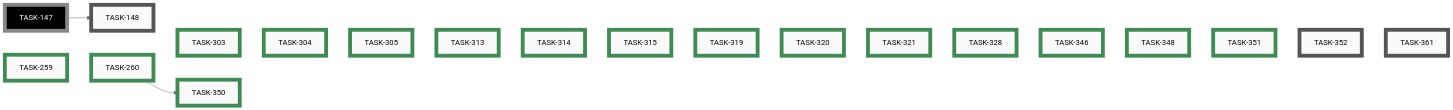
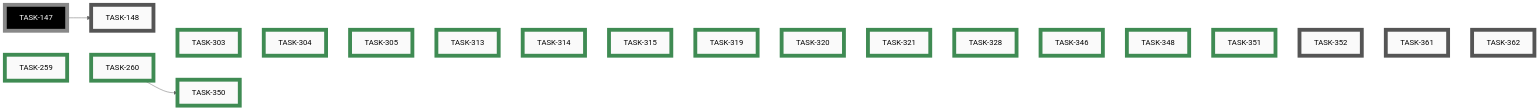
Diagram 12 of 12 in docs/developers/tasks/EPICS.md (tgd1975/AwesomeStudioPedal), drawn with Mermaid (neutral theme) before and after one commit. The commit also changed other lines of this file and 3 other files, not shown here.

````diff
--- a/docs/developers/tasks/EPICS.md
+++ b/docs/developers/tasks/EPICS.md
@@ -488,53 +492,55 @@
 ```mermaid
 graph LR
     TASK_148["TASK-148"]:::open
     TASK_352["TASK-352"]:::open
     TASK_361["TASK-361"]:::open
+    TASK_362["TASK-362"]:::open
     TASK_259["TASK-259"]:::closed
     TASK_260["TASK-260"]:::closed
     TASK_303["TASK-303"]:::closed
     TASK_304["TASK-304"]:::closed
     TASK_305["TASK-305"]:::closed
     TASK_313["TASK-313"]:::closed
     TASK_314["TASK-314"]:::closed
     TASK_315["TASK-315"]:::closed
     TASK_319["TASK-319"]:::closed
     TASK_320["TASK-320"]:::closed
     TASK_321["TASK-321"]:::closed
     TASK_328["TASK-328"]:::closed
     TASK_346["TASK-346"]:::closed
     TASK_348["TASK-348"]:::closed
     TASK_350["TASK-350"]:::closed
     TASK_351["TASK-351"]:::closed
     TASK_147["TASK-147"]:::openExt
     TASK_147 --> TASK_148
     TASK_260 --> TASK_350
-    TASK_259 ~~~ TASK_260 ~~~ TASK_303 ~~~ TASK_304 ~~~ TASK_305 ~~~ TASK_313 ~~~ TASK_314 ~~~ TASK_315 ~~~ TASK_319 ~~~ TASK_320 ~~~ TASK_321 ~~~ TASK_328 ~~~ TASK_346 ~~~ TASK_348 ~~~ TASK_351 ~~~ TASK_352 ~~~ TASK_361
+    TASK_259 ~~~ TASK_260 ~~~ TASK_303 ~~~ TASK_304 ~~~ TASK_305 ~~~ TASK_313 ~~~ TASK_314 ~~~ TASK_315 ~~~ TASK_319 ~~~ TASK_320 ~~~ TASK_321 ~~~ TASK_328 ~~~ TASK_346 ~~~ TASK_348 ~~~ TASK_351 ~~~ TASK_352 ~~~ TASK_361 ~~~ TASK_362
     click TASK_148 "open/task-148-reorganise-developer-documentation.md"
     click TASK_352 "open/task-352-investigate-pre-commit-hook-latency.md"
     click TASK_361 "open/task-361-lint-platformio-ini-pre-commit-and-ci.md"
+    click TASK_362 "open/task-362-require-ci-pass-before-merge-to-main.md"
     click TASK_259 "closed/task-259-android-app-test-protocol.md"
     click TASK_260 "closed/task-260-unify-version-numbers-across-deliverables.md"
     click TASK_303 "closed/task-303-simulator-boots-with-demo-loaded.md"
     click TASK_304 "closed/task-304-simulator-button-no-hover-reaction.md"
     click TASK_305 "closed/task-305-add-category-field-to-ideas.md"
     click TASK_313 "closed/task-313-emoji-icons-for-idea-categories.md"
     click TASK_314 "closed/task-314-nbsp-between-icon-and-category.md"
     click TASK_315 "closed/task-315-idea-sub-file-naming-convention.md"
     click TASK_319 "closed/task-319-remove-wireviz-precommit-block.md"
     click TASK_320 "closed/task-320-remove-ble-flag-precommit-check.md"
     click TASK_321 "closed/task-321-fix-ci-failures-mermaid-clang-tidy.md"
     click TASK_328 "closed/task-328-prevent-parallel-housekeep-execution.md"
     click TASK_346 "closed/task-346-content-sensitive-precommit-checks.md"
     click TASK_348 "closed/task-348-derive-clang-tidy-set-from-compile-commands.md"
     click TASK_350 "closed/task-350-display-unified-version-in-web-tooling.md"
     click TASK_351 "closed/task-351-ensure-autogenerated-markdown-is-lint-clean.md"
     classDef open    fill:#FAFAFA,stroke:#555,stroke-width:8px,color:#000
     classDef active  fill:#FAFAFA,stroke:#1A6FA8,stroke-width:8px,color:#000
     classDef closed  fill:#FAFAFA,stroke:#3F8B53,stroke-width:8px,color:#000
     classDef paused  fill:#FAFAFA,stroke:#B07810,stroke-width:8px,color:#000
     classDef openExt    fill:#000,stroke:#888,stroke-width:8px,color:#FFF
     classDef activeExt  fill:#000,stroke:#3FA9F5,stroke-width:8px,color:#FFF
     classDef closedExt  fill:#000,stroke:#7CC68A,stroke-width:8px,color:#FFF
     classDef pausedExt  fill:#000,stroke:#F0B030,stroke-width:8px,color:#FFF
 ```
````
